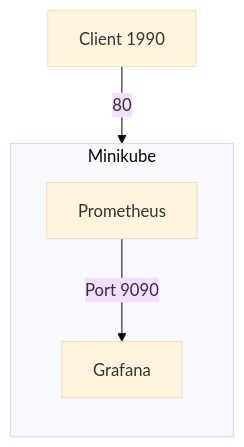
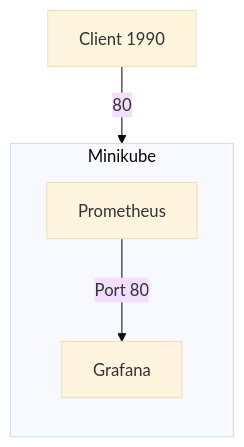
The diagram in SymbolicCode/31_symbolicmap.md (rifaterdemsahin/PrometheusAsDataSource), drawn with Mermaid (base theme) before and after one commit.

````diff
--- a/SymbolicCode/31_symbolicmap.md
+++ b/SymbolicCode/31_symbolicmap.md
@@ -4,11 +4,11 @@
 ```mermaid
 graph TD
     subgraph Minikube
         direction TB
         Prometheus[Prometheus]
         Grafana[Grafana]
     end
 
-    Prometheus -->|Port 9090| Grafana
+    Prometheus -->|Port 80| Grafana
     Client[Client 1990] -->|80| Grafana
 ```
````
